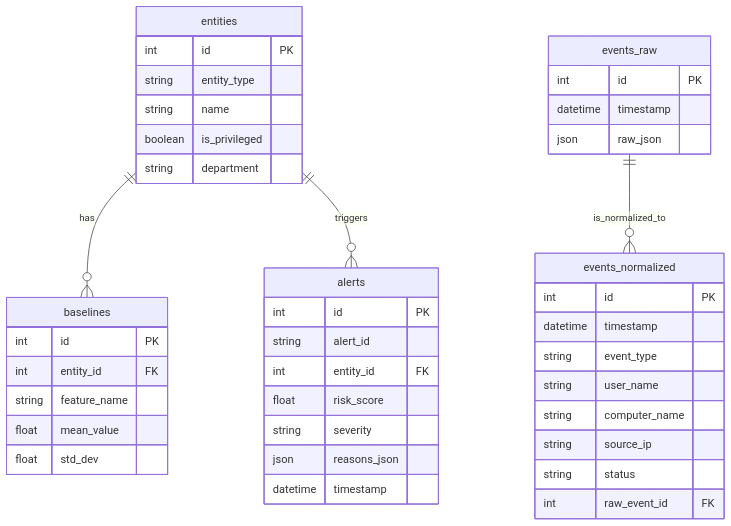
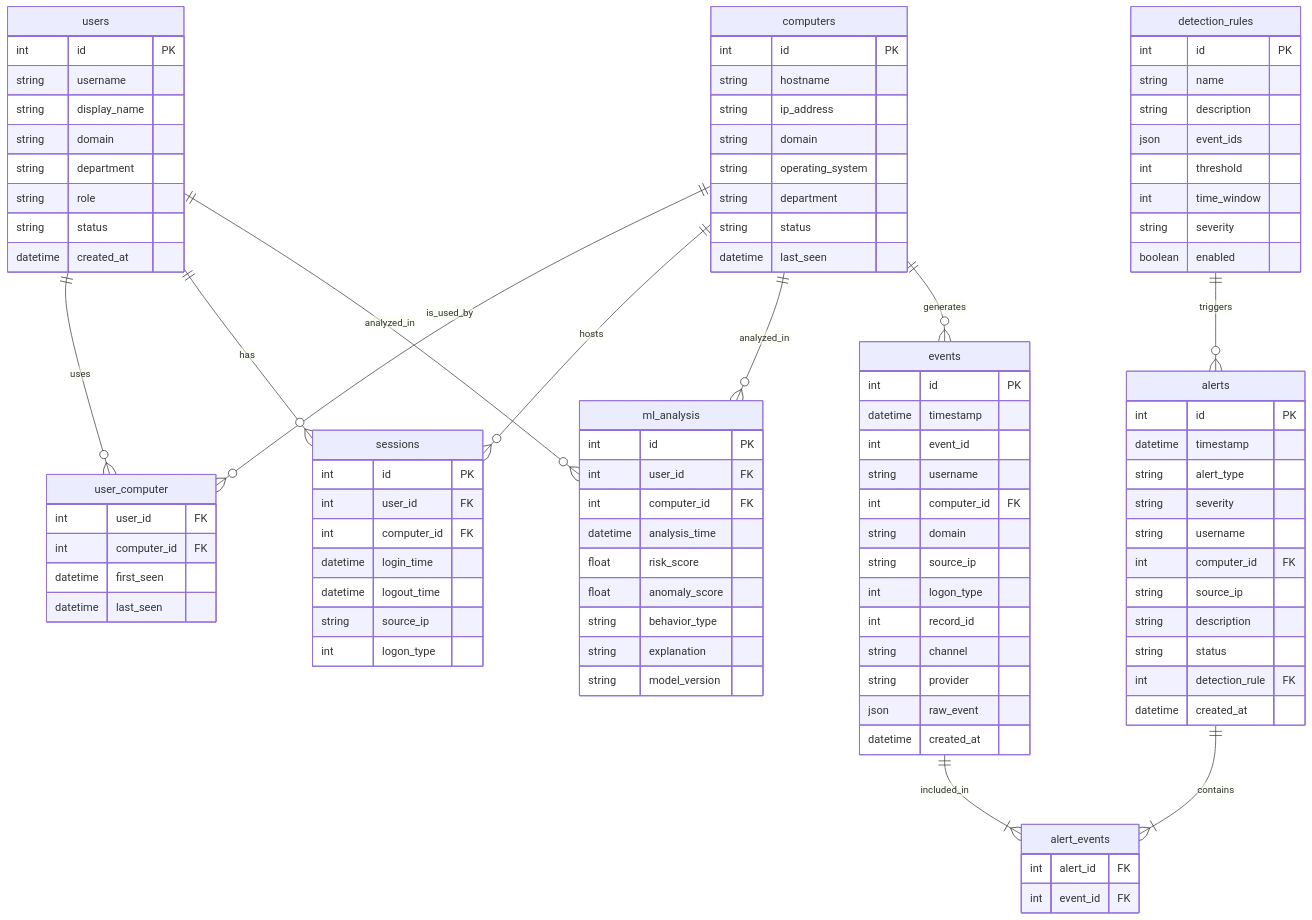
One commit to bekkii10/Cyber-DNA changed the diagram in backend/docs/database_schema.md. Above: the diagram before and after it, drawn with Mermaid. The commit also changed other lines of this file and 29 other files, not shown here.

Commit message:
Refactor backend structure, consolidate schemas, add new API endpoints and .gitignore

````diff
--- a/backend/docs/database_schema.md
+++ b/backend/docs/database_schema.md
@@ -5,49 +5,110 @@
 ```mermaid
 erDiagram
-    entities ||--o{ baselines : "has"
-    entities ||--o{ alerts : "triggers"
-    events_raw ||--o{ events_normalized : "is_normalized_to"
+    users ||--o{ user_computer : "uses"
+    computers ||--o{ user_computer : "is_used_by"
+    users ||--o{ sessions : "has"
+    computers ||--o{ sessions : "hosts"
+    users ||--o{ ml_analysis : "analyzed_in"
+    computers ||--o{ ml_analysis : "analyzed_in"
+    computers ||--o{ events : "generates"
+    detection_rules ||--o{ alerts : "triggers"
+    alerts ||--|{ alert_events : "contains"
+    events ||--|{ alert_events : "included_in"
 
-    events_raw {
+    users {
+        int id PK
+        string username
+        string display_name
+        string domain
+        string department
+        string role
+        string status
+        datetime created_at
+    }
+
+    computers {
+        int id PK
+        string hostname
+        string ip_address
+        string domain
+        string operating_system
+        string department
+        string status
+        datetime last_seen
+    }
+
+    events {
         int id PK
         datetime timestamp
-        json raw_json
-    }
-
-    events_normalized {
-        int id PK
-        datetime timestamp
-        string event_type
-        string user_name
-        string computer_name
+        int event_id
+        string username
+        int computer_id FK
+        string domain
         string source_ip
-        string status
-        int raw_event_id FK
-    }
-
-    entities {
-        int id PK
-        string entity_type
-        string name
-        boolean is_privileged
-        string department
-    }
-
-    baselines {
-        int id PK
-        int entity_id FK
-        string feature_name
-        float mean_value
-        float std_dev
+        int logon_type
+        int record_id
+        string channel
+        string provider
+        json raw_event
+        datetime created_at
     }
 
     alerts {
         int id PK
-        string alert_id
-        int entity_id FK
+        datetime timestamp
+        string alert_type
+        string severity
+        string username
+        int computer_id FK
+        string source_ip
+        string description
+        string status
+        int detection_rule FK
+        datetime created_at
+    }
+
+    alert_events {
+        int alert_id FK
+        int event_id FK
+    }
+
+    detection_rules {
+        int id PK
+        string name
+        string description
+        json event_ids
+        int threshold
+        int time_window
+        string severity
+        boolean enabled
+    }
+
+    ml_analysis {
+        int id PK
+        int user_id FK
+        int computer_id FK
+        datetime analysis_time
         float risk_score
-        string severity
-        json reasons_json
-        datetime timestamp
+        float anomaly_score
+        string behavior_type
+        string explanation
+        string model_version
+    }
+
+    user_computer {
+        int user_id FK
+        int computer_id FK
+        datetime first_seen
+        datetime last_seen
+    }
+
+    sessions {
+        int id PK
+        int user_id FK
+        int computer_id FK
+        datetime login_time
+        datetime logout_time
+        string source_ip
+        int logon_type
     }
 ```
````
